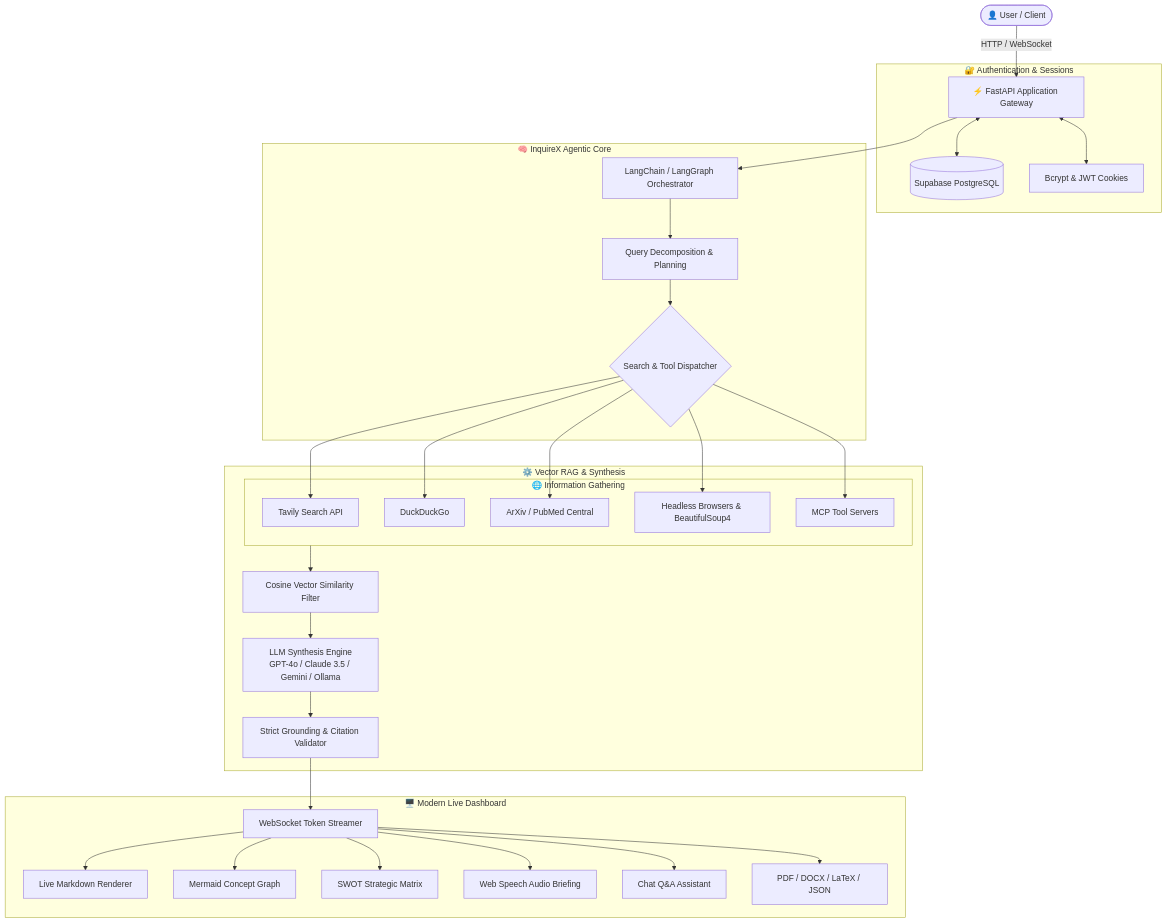
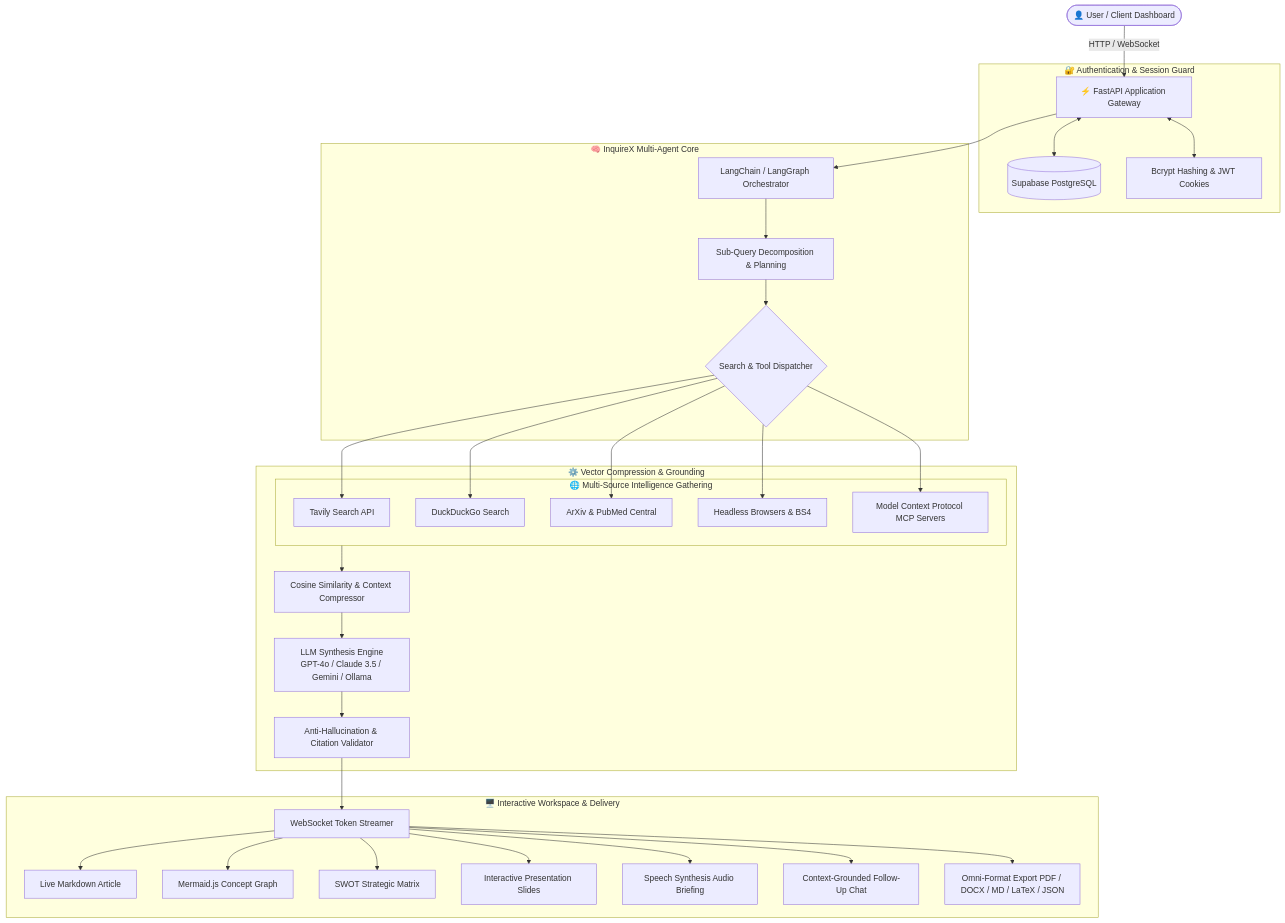
One commit to BhaskaraRao-Aerupilli/InquireX changed the diagram in README.md. Above: the diagram before and after it, drawn with Mermaid. The commit also changed other lines of this file and 30 other files, not shown here.

Commit message:
docs: comprehensive update to README.md with architecture diagrams, interactive slide decks, omni-format exports, and system design specifications

````diff
--- a/README.md
+++ b/README.md
@@ -67,39 +85,40 @@
 ```mermaid
 flowchart TD
-    User([👤 User / Client]) -->|HTTP / WebSocket| Gateway[⚡ FastAPI Application Gateway]
+    User([👤 User / Client Dashboard]) -->|HTTP / WebSocket| Gateway[⚡ FastAPI Application Gateway]
     
-    subgraph Auth [🔐 Authentication & Sessions]
+    subgraph Auth [🔐 Authentication & Session Guard]
         Gateway <--> Supabase[(Supabase PostgreSQL)]
-        Gateway <--> JWT[Bcrypt & JWT Cookies]
+        Gateway <--> JWT[Bcrypt Hashing & JWT Cookies]
     end
 
-    subgraph AgenticCore [🧠 InquireX Agentic Core]
+    subgraph AgenticCore [🧠 InquireX Multi-Agent Core]
         Gateway --> Orchestrator[LangChain / LangGraph Orchestrator]
-        Orchestrator --> Planner[Query Decomposition & Planning]
+        Orchestrator --> Planner[Sub-Query Decomposition & Planning]
         Planner --> Dispatcher{Search & Tool Dispatcher}
     end
 
-    subgraph DataRetrieval [🌐 Information Gathering]
+    subgraph Retrieval [🌐 Multi-Source Intelligence Gathering]
         Dispatcher --> Tavily[Tavily Search API]
-        Dispatcher --> DDG[DuckDuckGo]
-        Dispatcher --> Academic[ArXiv / PubMed Central]
-        Dispatcher --> Scrapers[Headless Browsers & BeautifulSoup4]
-        Dispatcher --> MCP[MCP Tool Servers]
+        Dispatcher --> DDG[DuckDuckGo Search]
+        Dispatcher --> Academic[ArXiv & PubMed Central]
+        Dispatcher --> Scrapers[Headless Browsers & BS4]
+        Dispatcher --> MCP[Model Context Protocol MCP Servers]
     end
 
-    subgraph Processing [⚙️ Vector RAG & Synthesis]
-        DataRetrieval --> VectorStore[Cosine Vector Similarity Filter]
-        VectorStore --> LLMEngine[LLM Synthesis Engine\nGPT-4o / Claude 3.5 / Gemini / Ollama]
-        LLMEngine --> AntiHallucination[Strict Grounding & Citation Validator]
+    subgraph VectorEngine [⚙️ Vector Compression & Grounding]
+        Retrieval --> VectorFilter[Cosine Similarity & Context Compressor]
+        VectorFilter --> LLMEngine[LLM Synthesis Engine\nGPT-4o / Claude 3.5 / Gemini / Ollama]
+        LLMEngine --> AntiHallucination[Anti-Hallucination & Citation Validator]
     end
 
-    subgraph FrontendOutput [🖥️ Modern Live Dashboard]
+    subgraph PresentationTier [🖥️ Interactive Workspace & Delivery]
         AntiHallucination --> Streamer[WebSocket Token Streamer]
-        Streamer --> LiveReport[Live Markdown Renderer]
-        Streamer --> MindMap[Mermaid Concept Graph]
+        Streamer --> LiveReport[Live Markdown Article]
+        Streamer --> MindMap[Mermaid.js Concept Graph]
         Streamer --> SWOT[SWOT Strategic Matrix]
-        Streamer --> AudioBrief[Web Speech Audio Briefing]
-        Streamer --> ChatAgent[Chat Q&A Assistant]
-        Streamer --> Exporters[PDF / DOCX / LaTeX / JSON]
+        Streamer --> SlideDeck[Interactive Presentation Slides]
+        Streamer --> AudioBrief[Speech Synthesis Audio Briefing]
+        Streamer --> ChatAgent[Context-Grounded Follow-Up Chat]
+        Streamer --> Exporters[Omni-Format Export PDF / DOCX / MD / LaTeX / JSON]
     end
 ```
````
